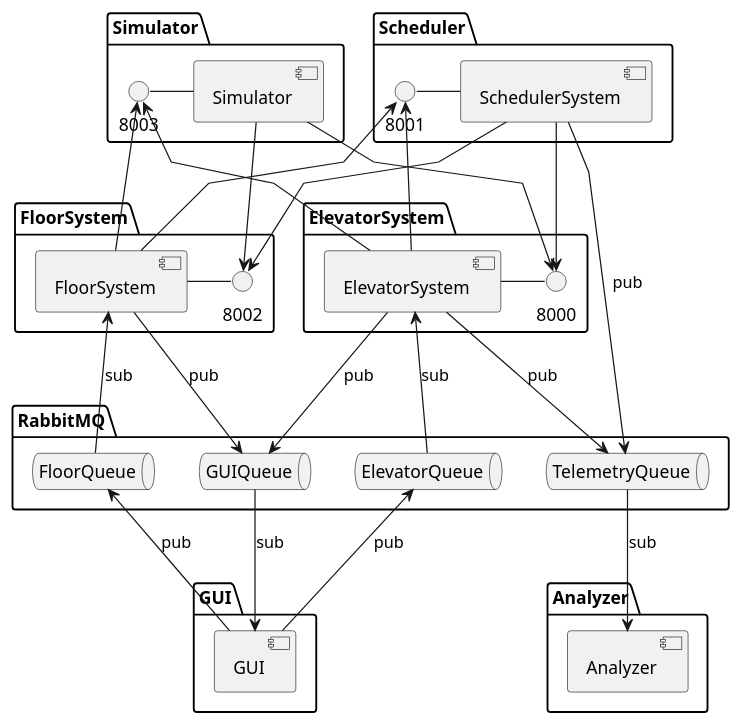
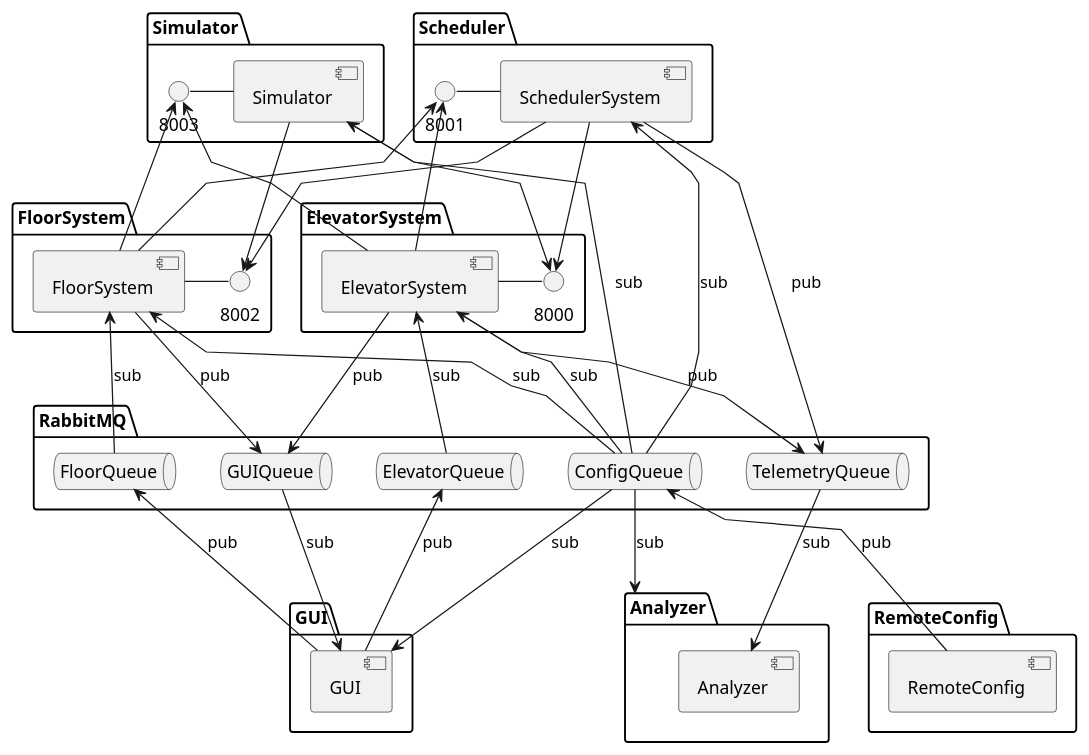
The diagram in doc/diagrams/ClassDiagrams/componentDiagram.puml (JoshuaSFryer/3303-L4G5), drawn with PlantUML before and after one commit.

Commit message:
Update component diagram to include remote config

```diff
--- a/doc/diagrams/ClassDiagrams/componentDiagram.puml
+++ b/doc/diagrams/ClassDiagrams/componentDiagram.puml
@@ -1,85 +1,96 @@
 @startuml
 
 skinparam linetype polyline
 
 component GUI
 
 together {
 
   package "FloorSystem"{
   component FloorSystem as fl
     () "8002" as PFl
     PFl - fl
   }
 
   package "ElevatorSystem" {
   component ElevatorSystem as el
     () "8000" as PEl
     PEl - el
   }
 
 }
 
 together {
 
 package "Simulator"{
   () "8003" as PSi
   component Simulator as sim
   sim - PSi
 }
 
 package "Scheduler"{
   component SchedulerSystem
   () "8001" as PSc
   SchedulerSystem - PSc
 }
 
 
 }
 
 together {
 package "GUI"{
   component GUI as guii
 }
 package "Analyzer"{
   component Analyzer as anal
 }
+package "RemoteConfig"{
+  component RemoteConfig as rc
+}
 }
 
 
 
 package "RabbitMQ"{
   queue "ElevatorQueue"
   queue "FloorQueue"
   queue "GUIQueue"
   queue "TelemetryQueue"
+  queue "ConfigQueue"
 
   FloorQueue -[hidden]> ElevatorQueue
 
 }
 
 PSc <-- el
 PSc <-- fl
 SchedulerSystem --> PEl
 SchedulerSystem --> PFl
 fl -> PSi
 sim --> PFl
 sim --> PEl
 el -> PSi
 
 SchedulerSystem --> TelemetryQueue: pub
 el --> TelemetryQueue: pub
 
 TelemetryQueue --> anal: sub
 
 el --> GUIQueue: pub
 el <-- ElevatorQueue: sub
 fl --> GUIQueue : pub
 fl <-- FloorQueue : sub
 GUIQueue --> guii : sub
 FloorQueue <-- guii : pub
 ElevatorQueue <-- guii: pub
+ConfigQueue <-- rc: pub
+guii <-- ConfigQueue: sub
+Analyzer <-- ConfigQueue: sub
+fl <-- ConfigQueue: sub
+el <-- ConfigQueue: sub
+sim <-- ConfigQueue: sub
+SchedulerSystem <-- ConfigQueue: sub
 
 
 
 @enduml
```
